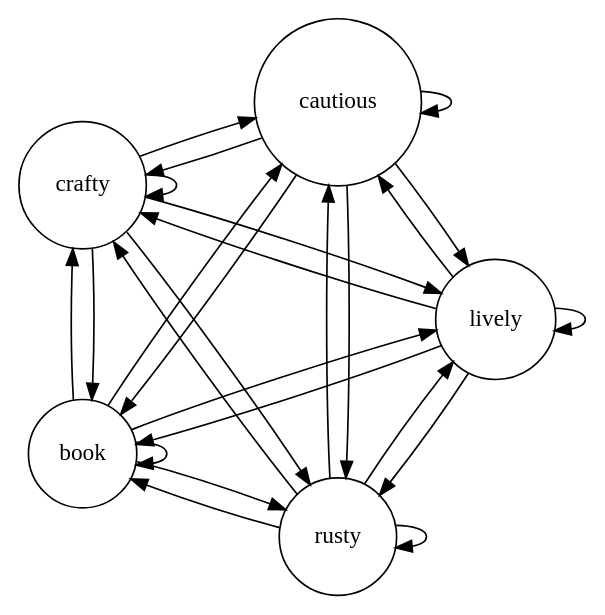
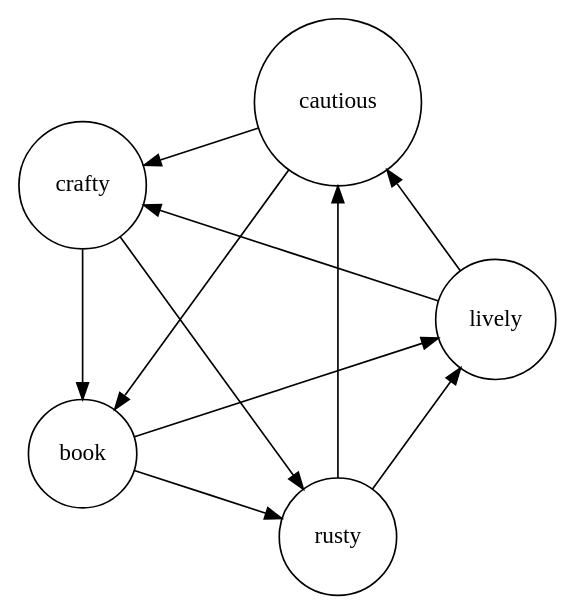
Before and after one commit to mskmoorthy/PancaTantra-Graph: the diagram in src/logos/panchalogo.gv, drawn with Graphviz.

Commit message:
simplified

```diff
--- a/src/logos/panchalogo.gv
+++ b/src/logos/panchalogo.gv
@@ -1,11 +1,12 @@
 // see https://stackoverflow.com/questions/46317240/how-to-layout-complete-graphs-circularly-using-dot-and-graphviz
 
 strict digraph P  {
         layout=circo
         rusty [shape=circle, fillcolor=red]
         lively [fillcolor=blue, shape=circle]
         crafty [shape=circle, fillcolor=green]
         cautious [fillcolor=green, shape=circle]
         book [shape=circle]
-        {book, rusty, lively, cautious, crafty}->{book, rusty, lively, cautious, crafty}
+        book->rusty->lively->cautious->crafty->book //pentagon
+book->lively->crafty->rusty->cautious->book //diagonals
 }
```
